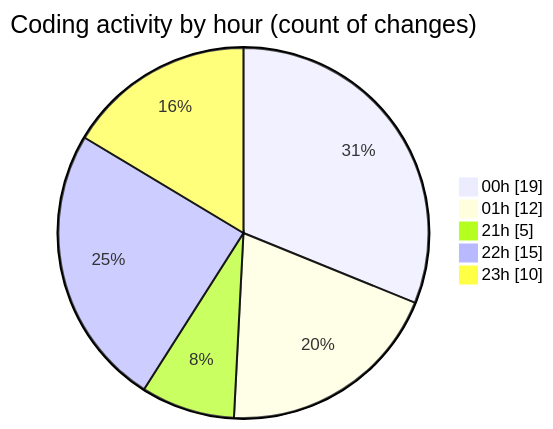
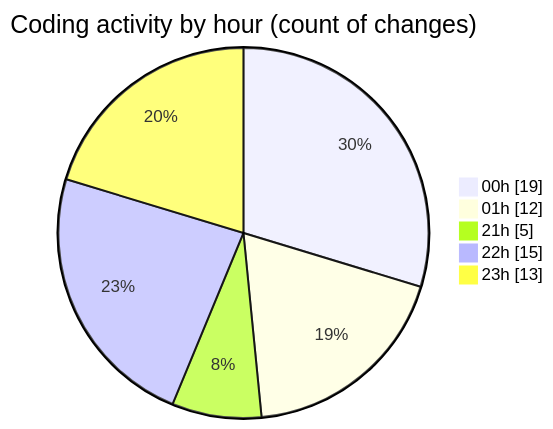
Before and after one commit to hasnaa123/code-tracking: the second of 2 diagrams in 2025-12-11/technologie_web/README.md, drawn with Mermaid. The commit also changed other lines of this file and 1 other file, not shown here.

````diff
--- a/2025-12-11/technologie_web/README.md
+++ b/2025-12-11/technologie_web/README.md
@@ -33,9 +33,9 @@
 ```mermaid
 pie showData
 title Coding activity by hour (count of changes)
 "00h" : 19
 "01h" : 12
 "21h" : 5
 "22h" : 15
-"23h" : 10
+"23h" : 13
 ```
````
